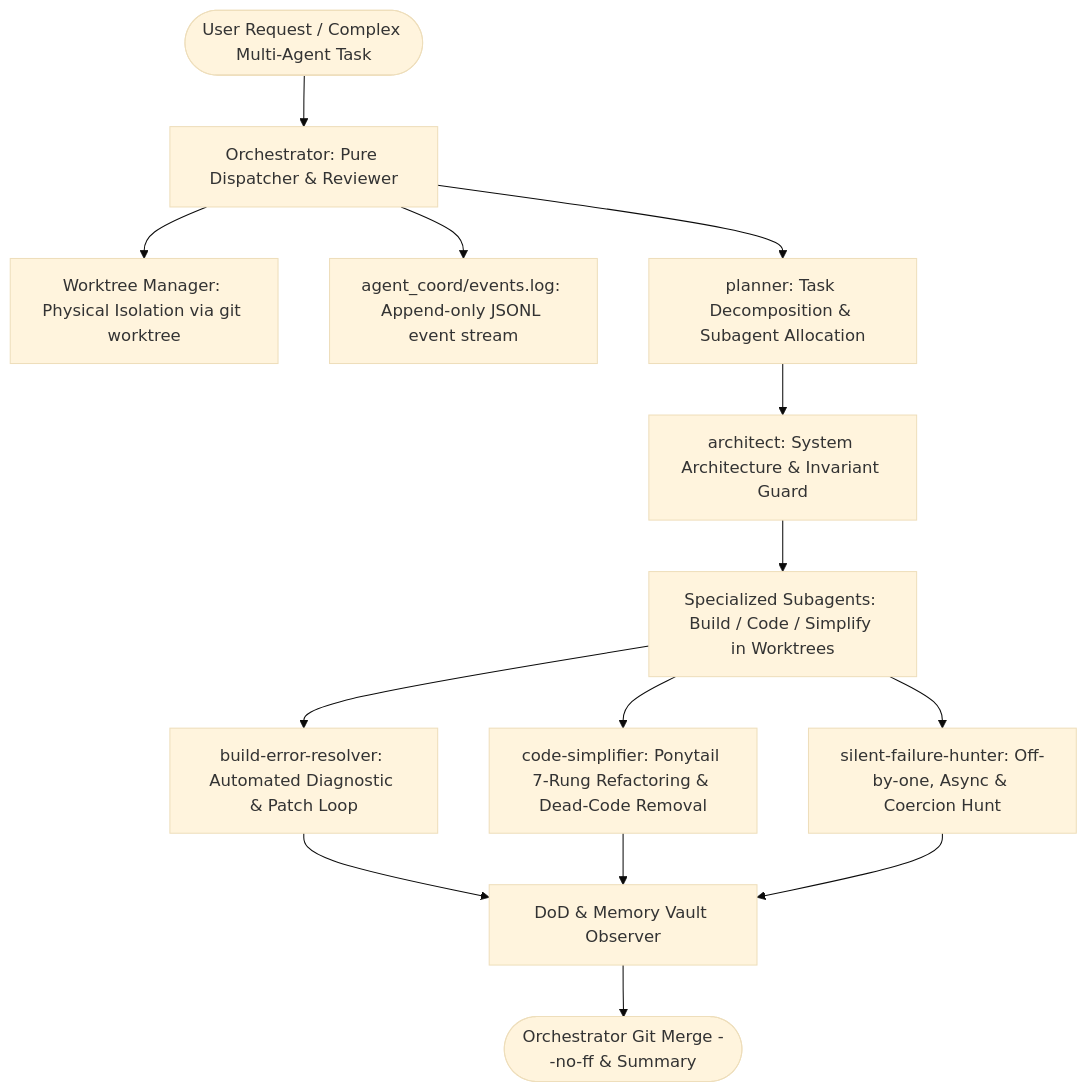
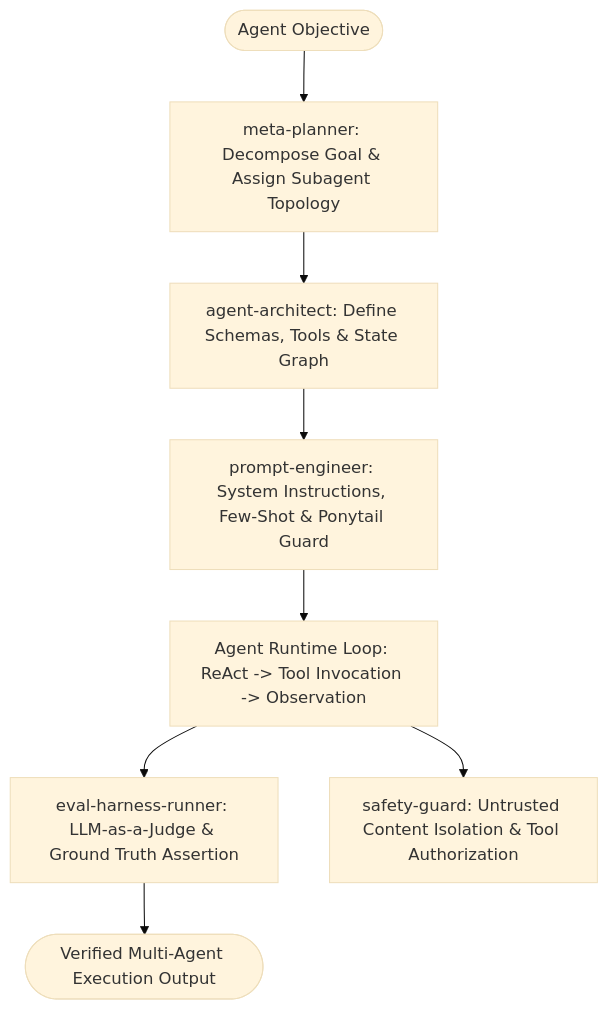
Before and after one commit to lengoctuong2005/vibe-rules-hub: the diagram in workflows/autonomous-agentic-suite.md, drawn with Mermaid (base theme). The commit also changed other lines of this file and 26 other files, not shown here.

````diff
--- a/workflows/autonomous-agentic-suite.md
+++ b/workflows/autonomous-agentic-suite.md
@@ -22,14 +23,10 @@
 ```mermaid
 graph TD
-    User([User Request / Complex Multi-Agent Task]) --> Orchestrator[Orchestrator: Pure Dispatcher & Reviewer]
-    Orchestrator --> Worktree[Worktree Manager: Physical Isolation via git worktree]
-    Orchestrator --> EventLog[agent_coord/events.log: Append-only JSONL event stream]
-    Orchestrator --> Planner[planner: Task Decomposition & Subagent Allocation]
-    Planner --> Architect[architect: System Architecture & Invariant Guard]
-    Architect --> Implementers[Specialized Subagents: Build / Code / Simplify in Worktrees]
-    Implementers --> BuildResolver[build-error-resolver: Automated Diagnostic & Patch Loop]
-    Implementers --> Simplifier[code-simplifier: Ponytail 7-Rung Refactoring & Dead-Code Removal]
-    Implementers --> SilentHunter[silent-failure-hunter: Off-by-one, Async & Coercion Hunt]
-    BuildResolver & Simplifier & SilentHunter --> Gate[DoD & Memory Vault Observer]
-    Gate --> MasterMerge([Orchestrator Git Merge --no-ff & Summary])
+    Goal([Agent Objective]) --> MetaPlanner[meta-planner: Decompose Goal & Assign Subagent Topology]
+    MetaPlanner --> AgentArchitect[agent-architect: Define Schemas, Tools & State Graph]
+    AgentArchitect --> PromptEngineer[prompt-engineer: System Instructions, Few-Shot & Ponytail Guard]
+    PromptEngineer --> RuntimeExec[Agent Runtime Loop: ReAct -> Tool Invocation -> Observation]
+    RuntimeExec --> Verifier[eval-harness-runner: LLM-as-a-Judge & Ground Truth Assertion]
+    RuntimeExec --> SecGuard[safety-guard: Untrusted Content Isolation & Tool Authorization]
+    Verifier --> FinalResult([Verified Multi-Agent Execution Output])
 ```
````
